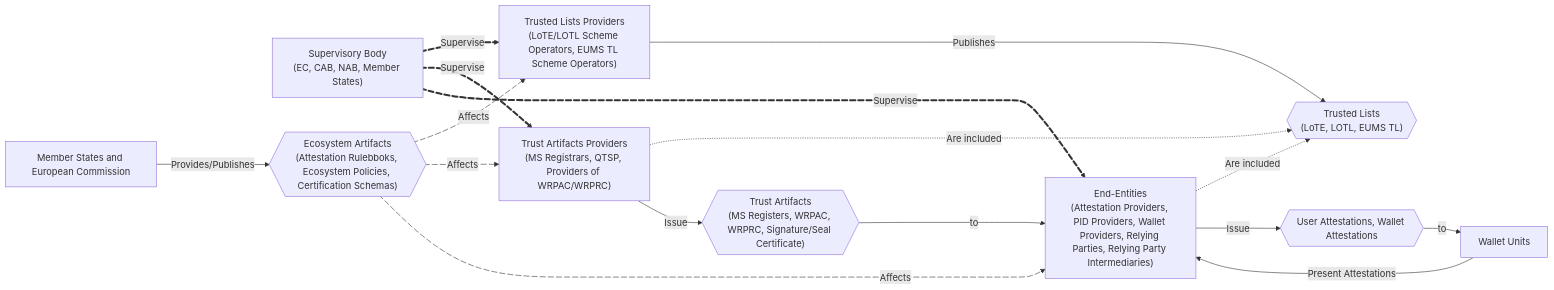
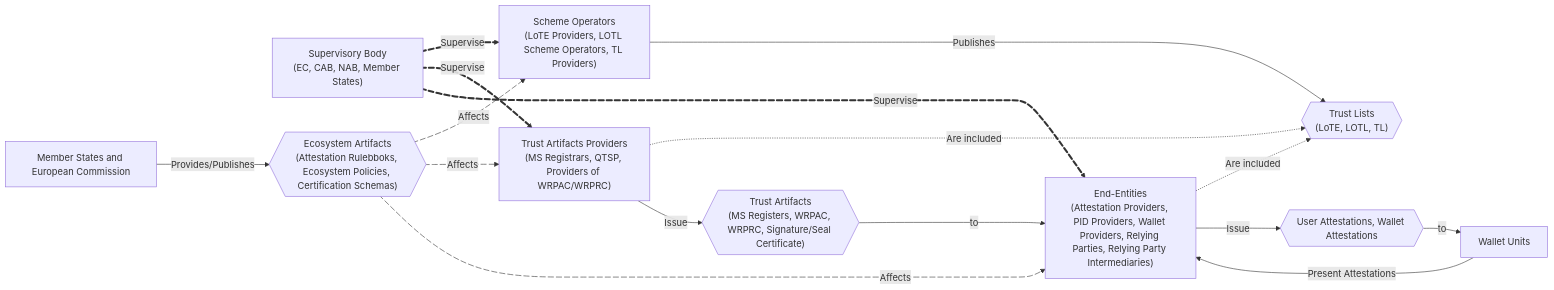
The first of 5 diagrams in docs/topics/trust-management-process.md (APTITUDE-Consortium/wp2-trust-specifications), drawn with Mermaid before and after one commit. The commit also changed other lines of this file and 7 other files, not shown here.

````diff
--- a/docs/topics/trust-management-process.md
+++ b/docs/topics/trust-management-process.md
@@ -24,48 +36,48 @@
 ```mermaid
 flowchart LR
     %%Entities and Artifacts
     ms["Member States and European Commission"]
     sup["Supervisory Body<br>(EC, CAB, NAB, Member States)"]
     sup_art{{"Ecosystem Artifacts<br>(Attestation Rulebboks, Ecosystem Policies, Certification Schemas)"}}
-    init_ent["Trusted Lists Providers<br>(LoTE/LOTL Scheme Operators, EUMS TL Scheme Operators)"]
-    init_ent_art{{"Trusted Lists<br>(LoTE, LOTL, EUMS TL)"}}
+    init_ent["Scheme Operators<br>(LoTE Providers, LOTL Scheme Operators, TL Providers)"]
+    init_ent_art{{"Trust Lists<br>(LoTE, LOTL, TL)"}}
     mid_ent["Trust Artifacts Providers<br>(MS Registrars, QTSP, Providers of WRPAC/WRPRC)"]
     mid_ent_art{{"Trust Artifacts<br>(MS Registers, WRPAC, WRPRC, Signature/Seal Certificate)"}}
     end_ent["End-Entities<br>(Attestation Providers, PID Providers, Wallet Providers, Relying Parties, Relying Party Intermediaries)"]
     end_ent_art{{"User Attestations, Wallet Attestations"}}
     %%end_ent_2["End-Entities <br>()"]
 
     %%Modification propagation arrows
     sup e1@=="Supervise"==> init_ent
     sup e2@=="Supervise"==> mid_ent
     sup e3@=="Supervise"==> end_ent
     %%sup e8@=="Supervise"==> end_ent_2
     ms --"Provides/Publishes"--> sup_art
     sup_art e4@--"Affects"--> init_ent
     sup_art e5@--"Affects"--> mid_ent
     sup_art e6@--"Affects"--> end_ent
     %%sup_art e7@--"Affects"--> end_ent_2
     mid_ent -."Are included".-> init_ent_art
     end_ent -."Are included".-> init_ent_art
     mid_ent_art --"to"----> end_ent
     init_ent --"Publishes"--> init_ent_art
     %%init_ent --"Impacts"--> mid_ent
     mid_ent --"Issue"--> mid_ent_art
     %%mid_ent --"Impacts"--> end_ent
     end_ent --"Issue"--> end_ent_art --"to"--> wi["Wallet Units"]
     wi["Wallet Units"] --"Present Attestations"--> end_ent
     
     
     e1@{ animate: true }
     e2@{ animation: fast }
     e3@{ animation: fast }
     %%e8@{ animation: fast }
     %%Artifacts inclusion arrows
     %%mid_ent e4@-. Referenced in.-> init_ent_art
     %%end_ent e5@-. Referenced in.-> init_ent_art
     %%end_ent e6@-. Referenced in.-> mid_ent_art
     e4@{ animation: fast }
     e5@{ animation: fast }
     e6@{ animation: fast }
     %%e7@{ animation: fast }
 ```
````
